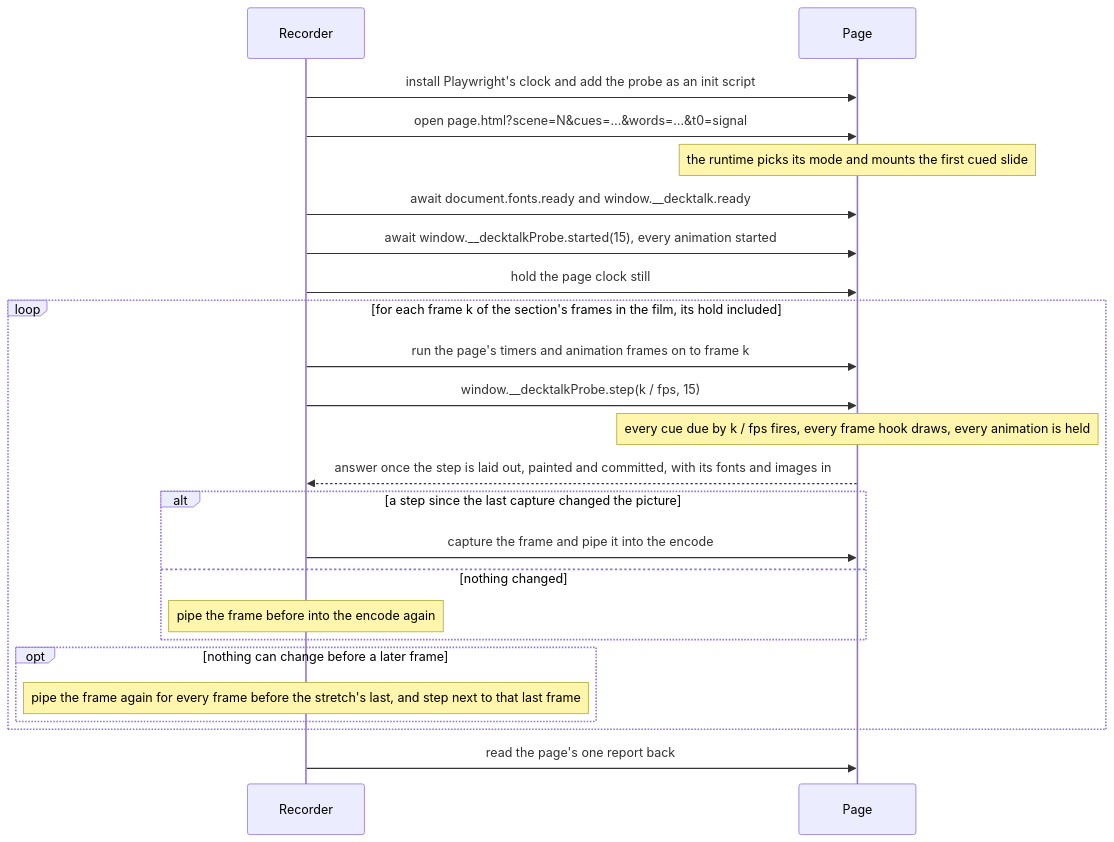
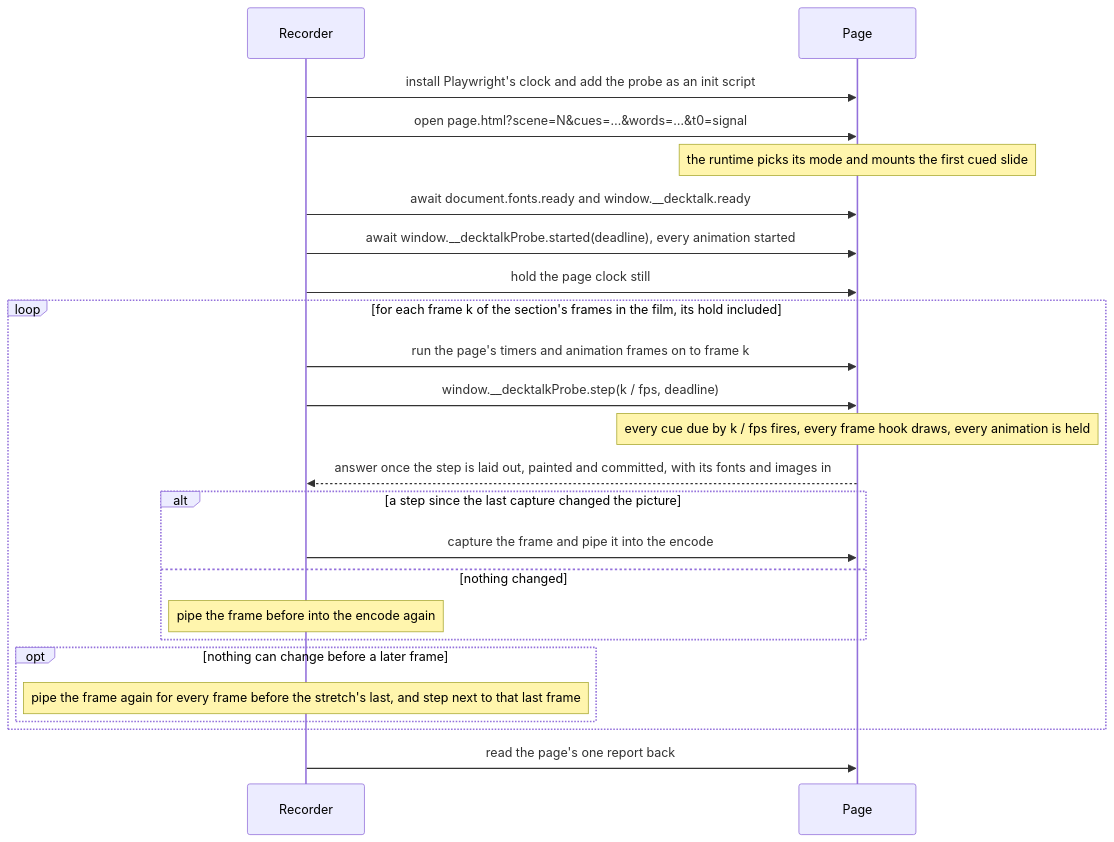
One commit to jacobcbeaudin/decktalk changed the diagram in docs/concepts/page-contract.mdx. Above: the diagram before and after it, drawn with Mermaid. The commit also changed other lines of this file and 78 other files, not shown here.

````diff
--- a/docs/concepts/page-contract.mdx
+++ b/docs/concepts/page-contract.mdx
@@ -356,26 +357,26 @@
 ```mermaid
 sequenceDiagram
     participant R as Recorder
     participant P as Page
     R->>P: install Playwright's clock and add the probe as an init script
     R->>P: open page.html?scene=N&cues=…&words=…&t0=signal
     Note over P: the runtime picks its mode and mounts the first cued slide
     R->>P: await document.fonts.ready and window.__decktalk.ready
-    R->>P: await window.__decktalkProbe.started(15), every animation started
+    R->>P: await window.__decktalkProbe.started(deadline), every animation started
     R->>P: hold the page clock still
     loop for each frame k of the section's frames in the film, its hold included
         R->>P: run the page's timers and animation frames on to frame k
-        R->>P: window.__decktalkProbe.step(k / fps, 15)
+        R->>P: window.__decktalkProbe.step(k / fps, deadline)
         Note over P: every cue due by k / fps fires, every frame hook draws, every animation is held
         P-->>R: answer once the step is laid out, painted and committed, with its fonts and images in
         alt a step since the last capture changed the picture
             R->>P: capture the frame and pipe it into the encode
         else nothing changed
             Note over R: pipe the frame before into the encode again
         end
         opt nothing can change before a later frame
             Note over R: pipe the frame again for every frame before the stretch's last, and step next to that last frame
         end
     end
     R->>P: read the page's one report back
 ```
````
